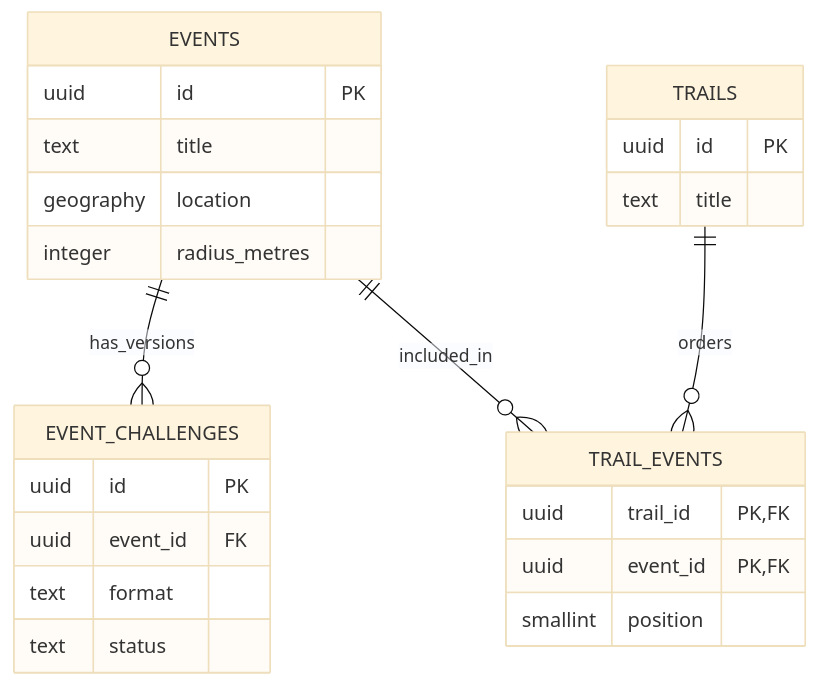
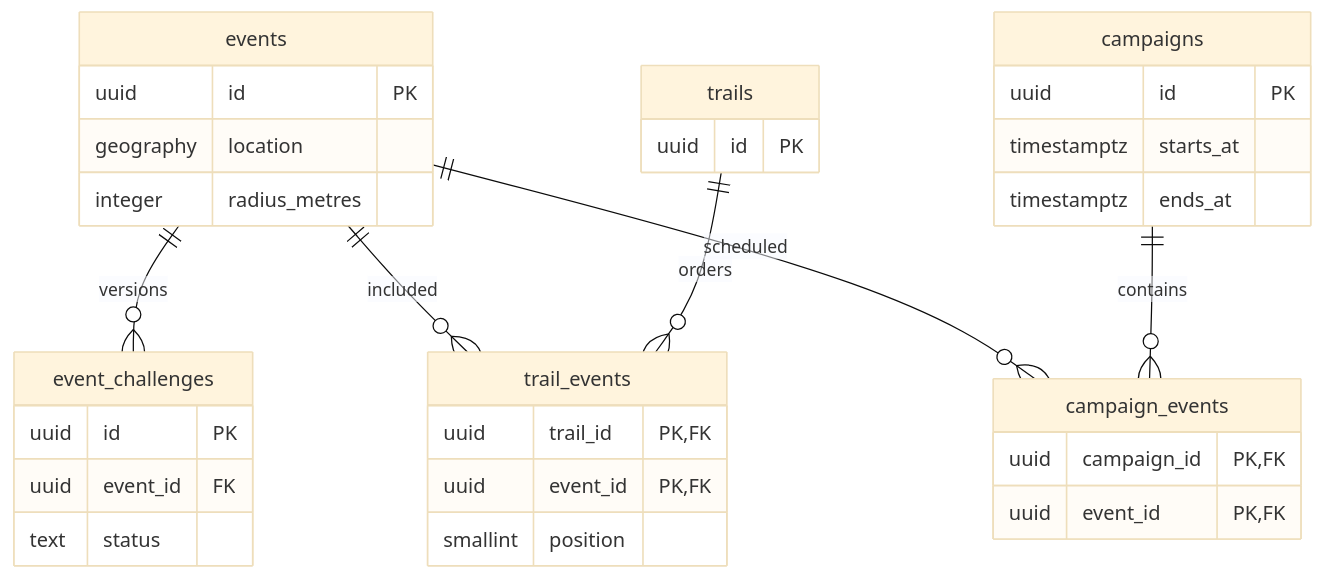
The diagram in docs/database/event-schema.md (Gradient-Ascenders/Wits-World), drawn with Mermaid (base theme) before and after one commit. The commit also changed other lines of this file and 28 other files, not shown here.

````diff
--- a/docs/database/event-schema.md
+++ b/docs/database/event-schema.md
@@ -20,29 +16,40 @@
 ```mermaid
 erDiagram
-    accTitle: Events, challenges and ordered trails
-    accDescr: Events have challenge versions and may belong to trails through ordered trail-event membership. Selected fields are shown; the table below documents every event column.
-    EVENTS ||--o{ EVENT_CHALLENGES : has_versions
-    EVENTS ||--o{ TRAIL_EVENTS : included_in
-    TRAILS ||--o{ TRAIL_EVENTS : orders
-    EVENTS {
+    direction TB
+    accTitle: Events connect to challenges, trails, and campaigns
+    accDescr: Each event can retain challenge versions. Trail and campaign membership tables connect existing events to their parent content. Trail membership stores order; campaign membership supplies scheduling context. Selected columns are shown.
+
+    events ||--o{ event_challenges : versions
+    events ||--o{ trail_events : included
+    trails ||--o{ trail_events : orders
+    events ||--o{ campaign_events : scheduled
+    campaigns ||--o{ campaign_events : contains
+
+    events {
         uuid id PK
-        text title
         geography location
         integer radius_metres
     }
-    EVENT_CHALLENGES {
+    event_challenges {
         uuid id PK
         uuid event_id FK
-        text format
         text status
     }
-    TRAILS {
+    trails {
         uuid id PK
-        text title
     }
-    TRAIL_EVENTS {
+    trail_events {
         uuid trail_id PK, FK
         uuid event_id PK, FK
         smallint position
     }
+    campaigns {
+        uuid id PK
+        timestamptz starts_at
+        timestamptz ends_at
+    }
+    campaign_events {
+        uuid campaign_id PK, FK
+        uuid event_id PK, FK
+    }
 ```
````
